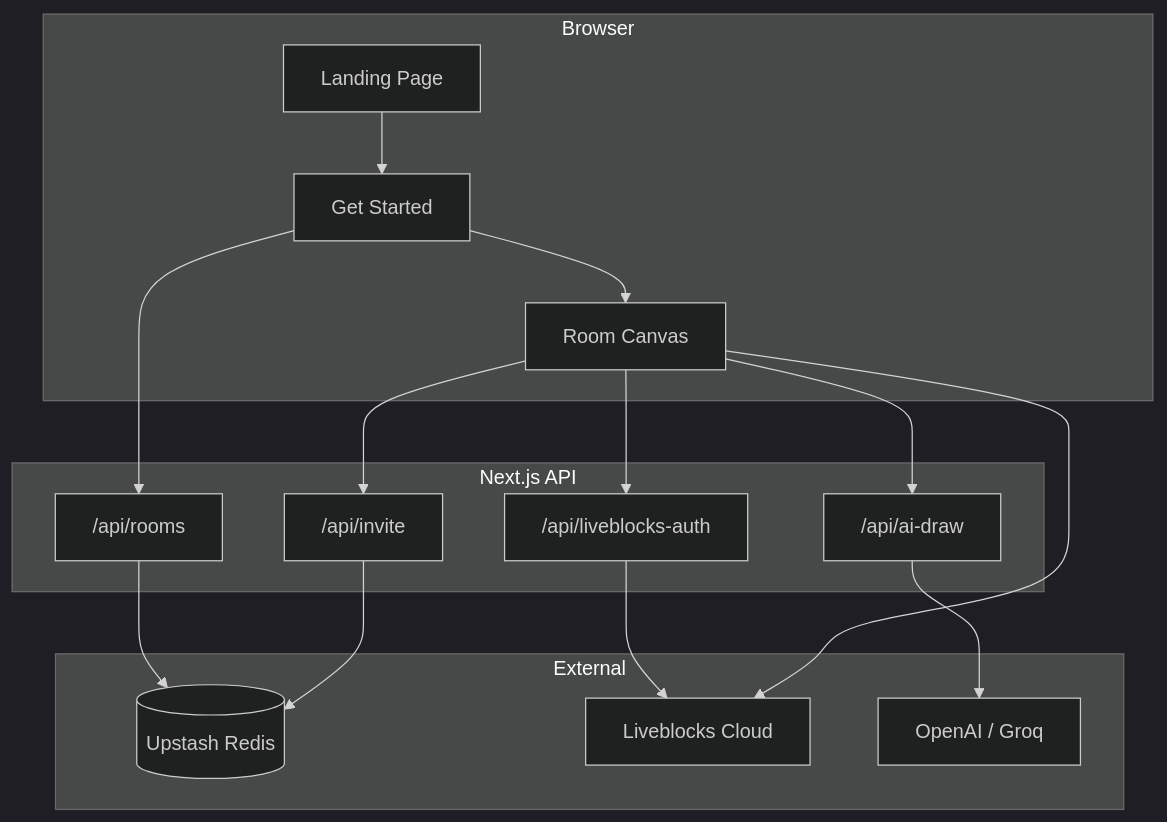
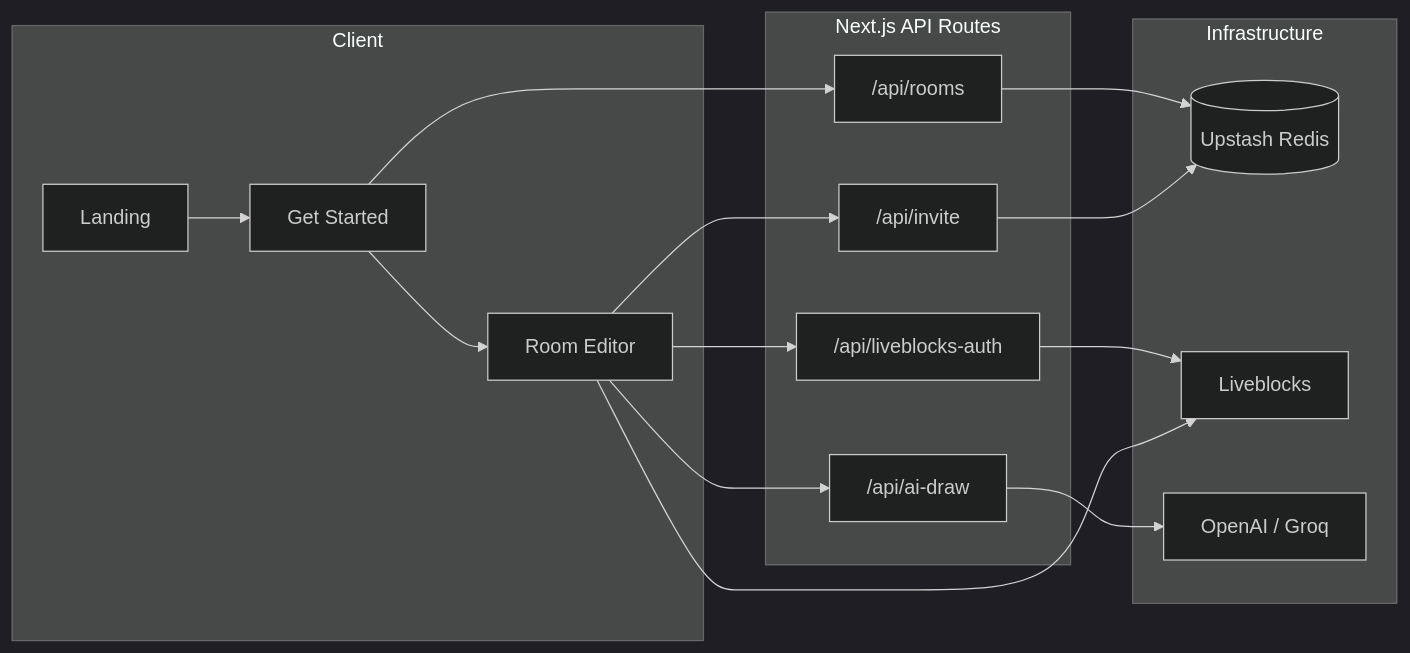
The diagram in README.md (subhm2004/SheetSketch), drawn with Mermaid (dark theme) before and after one commit. The commit also changed other lines of this file, not shown here.

````diff
--- a/README.md
+++ b/README.md
@@ -132,33 +92,29 @@
 ```mermaid
-flowchart TB
-  subgraph Browser
-    L[Landing Page]
-    G[Get Started]
-    R[Room Canvas]
+flowchart LR
+  subgraph Client
+    A[Landing]
+    B[Get Started]
+    C[Room Editor]
   end
 
-  subgraph Next.js API
-    API1["/api/rooms"]
-    API2["/api/liveblocks-auth"]
-    API3["/api/invite"]
-    API4["/api/ai-draw"]
+  subgraph API["Next.js API Routes"]
+    R["/api/rooms"]
+    L["/api/liveblocks-auth"]
+    I["/api/invite"]
+    D["/api/ai-draw"]
   end
 
-  subgraph External
+  subgraph Infrastructure
     Redis[(Upstash Redis)]
-    LB[Liveblocks Cloud]
+    LB[Liveblocks]
     AI[OpenAI / Groq]
   end
 
-  L --> G
-  G --> API1
-  API1 --> Redis
-  G --> R
-  R --> API2
-  API2 --> LB
-  R --> LB
-  R --> API3
-  API3 --> Redis
-  R --> API4
-  API4 --> AI
+  A --> B
+  B --> R --> Redis
+  B --> C
+  C --> L --> LB
+  C --> LB
+  C --> I --> Redis
+  C --> D --> AI
 ```
````
